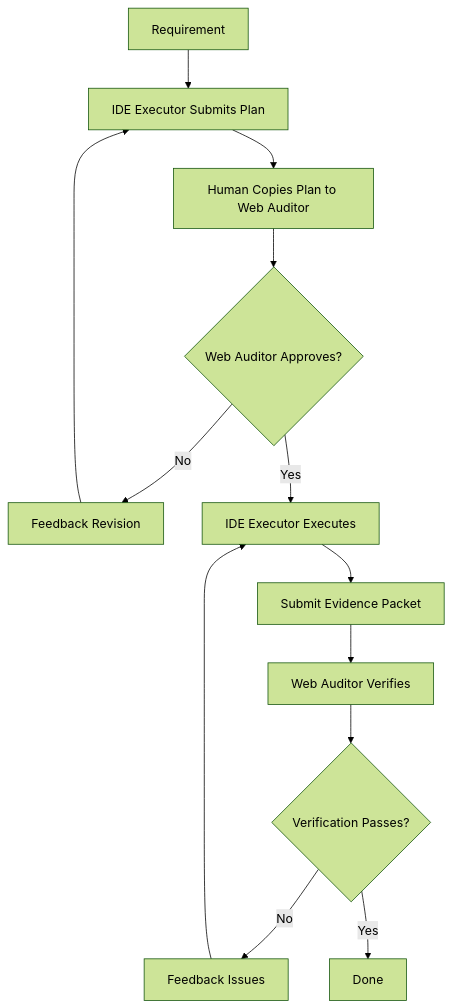
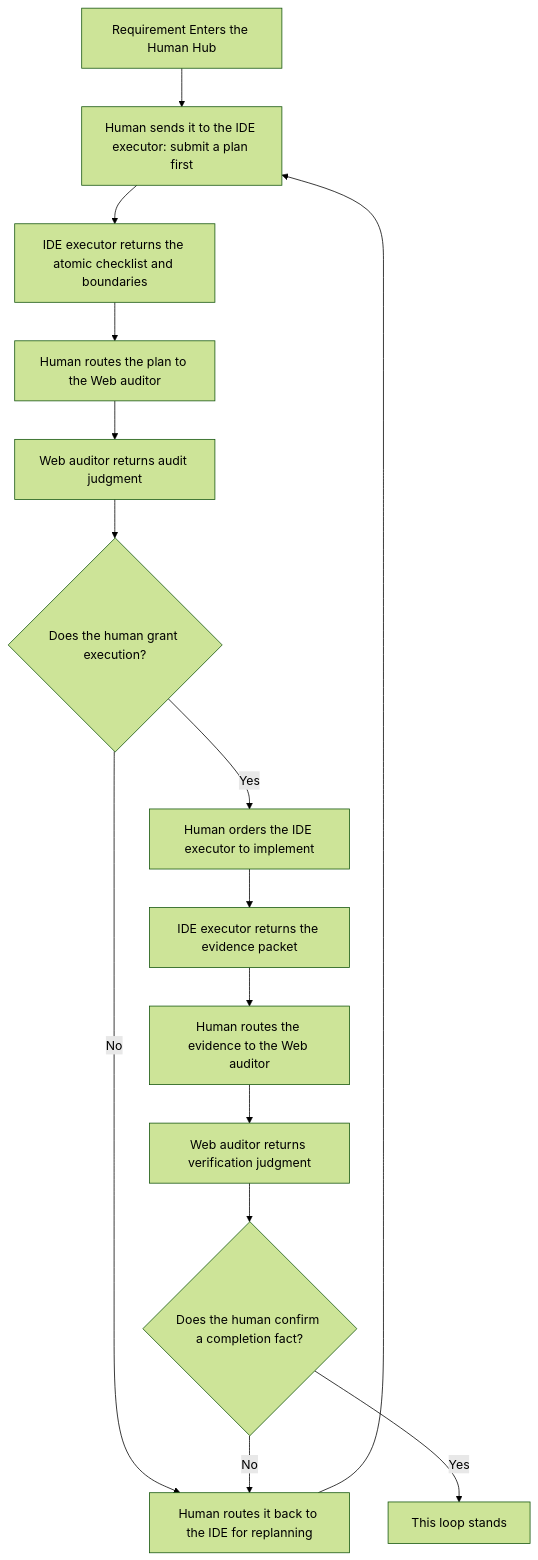
The second of 2 diagrams in README.md (blackzhanzhan/Cyber-Ming-Protocol), drawn with Mermaid (forest theme) before and after one commit. The commit also changed other lines of this file and 2 other files, not shown here.

First line of the commit message:
Recenter minimal-loop diagrams on human sovereignty

````diff
--- a/README.md
+++ b/README.md
@@ -264,15 +266,17 @@
 ```mermaid
 graph TD
-    A[Requirement] --> B[IDE Executor Submits Plan]
-    B --> C[Human Copies Plan to Web Auditor]
-    C --> D{Web Auditor Approves?}
-    D -->|No| E[Feedback Revision]
-    E --> B
-    D -->|Yes| F[IDE Executor Executes]
-    F --> G[Submit Evidence Packet]
-    G --> H[Web Auditor Verifies]
-    H --> I{Verification Passes?}
-    I -->|No| J[Feedback Issues]
-    J --> F
-    I -->|Yes| K[Done]
+    A[Requirement Enters the Human Hub] --> B[Human sends it to the IDE executor: submit a plan first]
+    B --> C[IDE executor returns the atomic checklist and boundaries]
+    C --> D[Human routes the plan to the Web auditor]
+    D --> E[Web auditor returns audit judgment]
+    E --> F{Does the human grant execution?}
+    F -->|No| G[Human routes it back to the IDE for replanning]
+    G --> B
+    F -->|Yes| H[Human orders the IDE executor to implement]
+    H --> I[IDE executor returns the evidence packet]
+    I --> J[Human routes the evidence to the Web auditor]
+    J --> K[Web auditor returns verification judgment]
+    K --> L{Does the human confirm a completion fact?}
+    L -->|No| G
+    L -->|Yes| M[This loop stands]
 ```
````
